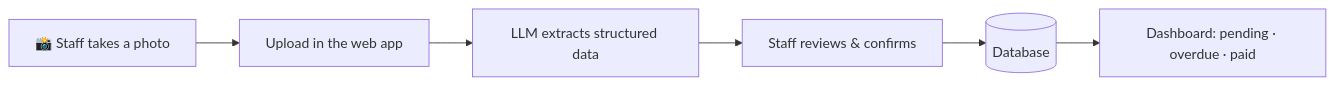
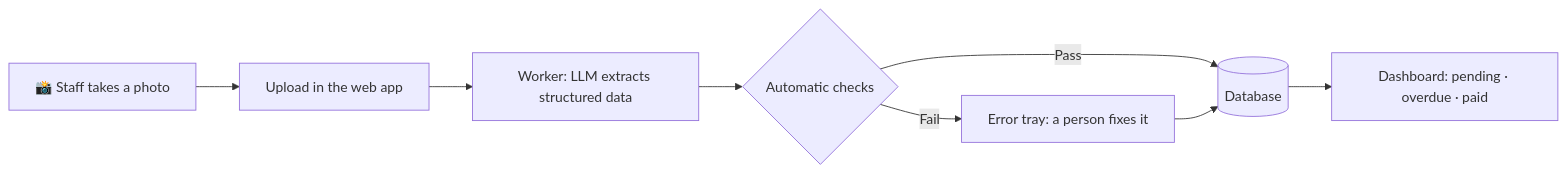
The diagram in README.md (luca-avila/facturas-bot), drawn with Mermaid before and after one commit. The commit also changed other lines of this file and 5 other files, not shown here.

````diff
--- a/README.md
+++ b/README.md
@@ -15,8 +15,10 @@
 ```mermaid
 flowchart LR
     A[📸 Staff takes a photo] --> B[Upload in the web app]
-    B --> C[LLM extracts structured data]
-    C --> D[Staff reviews & confirms]
-    D --> E[(Database)]
-    E --> F[Dashboard: pending · overdue · paid]
+    B --> C[Worker: LLM extracts structured data]
+    C --> D{Automatic checks}
+    D -->|Fail| E[Error tray: a person fixes it]
+    D -->|Pass| F[(Database)]
+    E --> F
+    F --> G[Dashboard: pending · overdue · paid]
 ```
````
